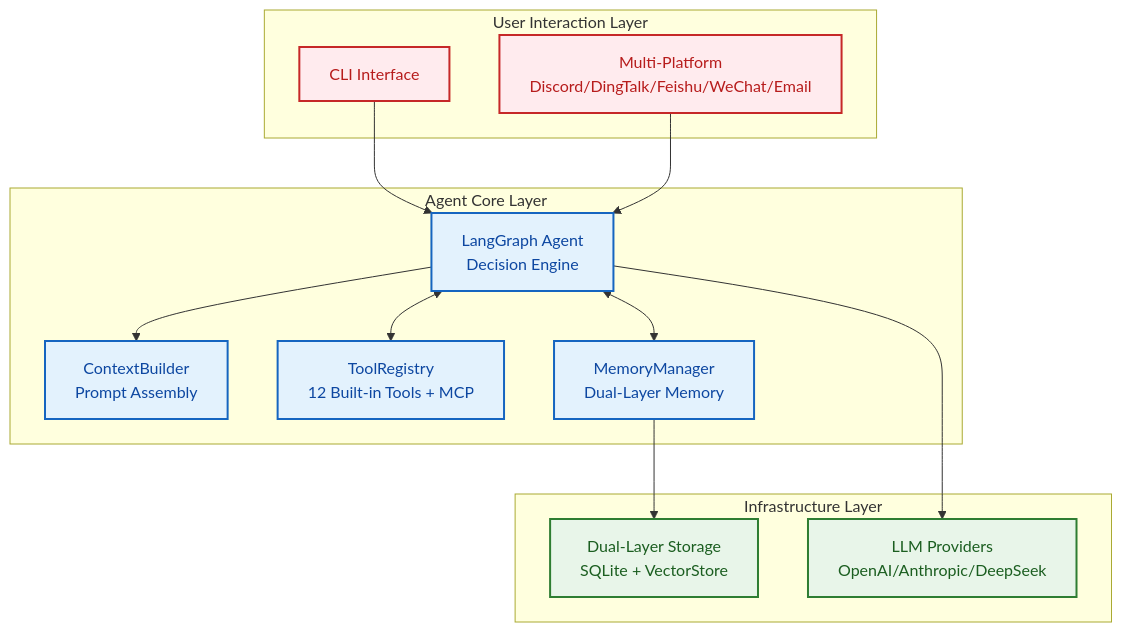
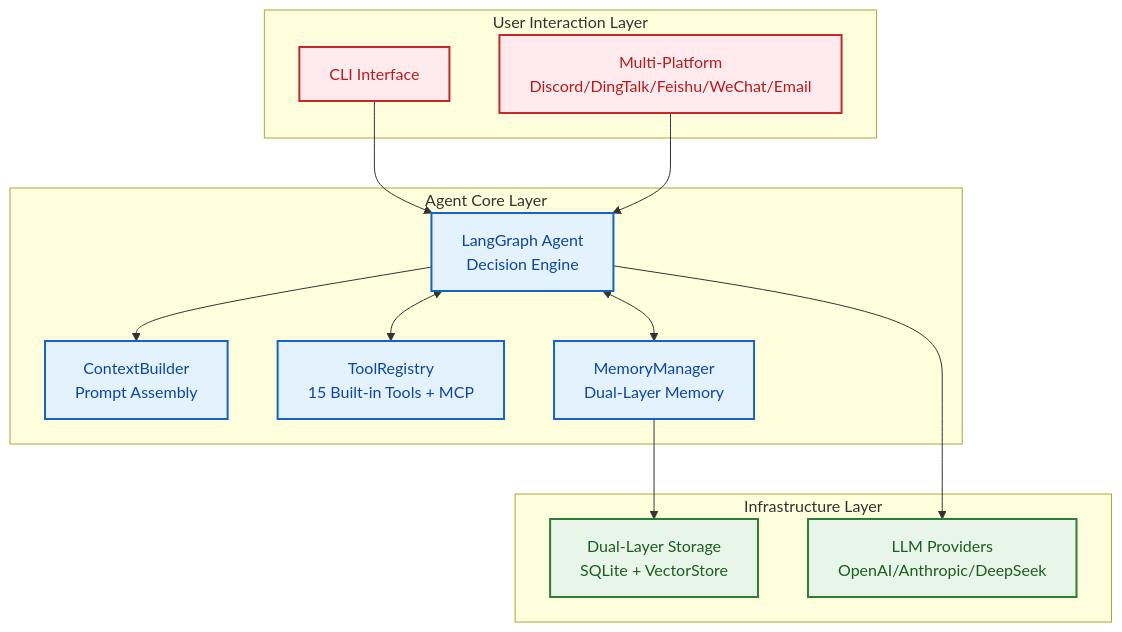
The second of 8 diagrams in docs/en-US/blog/finchbot-flexible-ai-agent-framework.md (xt765/FinchBot), drawn with Mermaid before and after one commit. The commit also changed other lines of this file and 4 other files, not shown here.

Commit message:
fix(tools): 修复 WebExtractTool._run 缺少 extract_depth 参数的问题

````diff
--- a/docs/en-US/blog/finchbot-flexible-ai-agent-framework.md
+++ b/docs/en-US/blog/finchbot-flexible-ai-agent-framework.md
@@ -158,33 +158,33 @@
 ```mermaid
 graph TB
     classDef uiLayer fill:#ffebee,stroke:#c62828,stroke-width:2px,color:#b71c1c;
     classDef coreLayer fill:#e3f2fd,stroke:#1565c0,stroke-width:2px,color:#0d47a1;
     classDef infraLayer fill:#e8f5e9,stroke:#2e7d32,stroke-width:2px,color:#1b5e20;
 
     subgraph UI [User Interaction Layer]
         CLI[CLI Interface]:::uiLayer
         Channels[Multi-Platform<br/>Discord/DingTalk/Feishu/WeChat/Email]:::uiLayer
     end
 
     subgraph Core [Agent Core Layer]
         Agent[LangGraph Agent<br/>Decision Engine]:::coreLayer
         Context[ContextBuilder<br/>Prompt Assembly]:::coreLayer
-        Tools[ToolRegistry<br/>12 Built-in Tools + MCP]:::coreLayer
+        Tools[ToolRegistry<br/>15 Built-in Tools + MCP]:::coreLayer
         Memory[MemoryManager<br/>Dual-Layer Memory]:::coreLayer
     end
 
     subgraph Infra [Infrastructure Layer]
         Storage[Dual-Layer Storage<br/>SQLite + VectorStore]:::infraLayer
         LLM[LLM Providers<br/>OpenAI/Anthropic/DeepSeek]:::infraLayer
     end
 
     CLI --> Agent
     Channels --> Agent
 
     Agent --> Context
     Agent <--> Tools
     Agent <--> Memory
 
     Memory --> Storage
     Agent --> LLM
 ```
````
